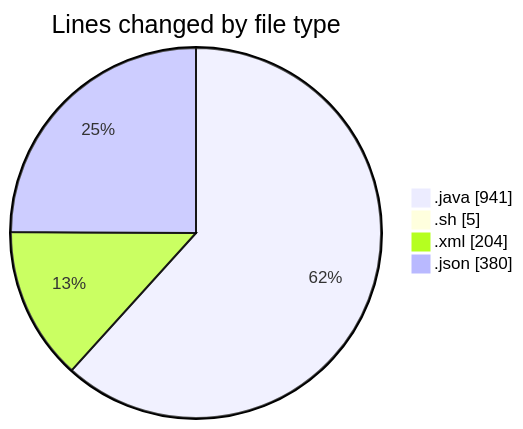
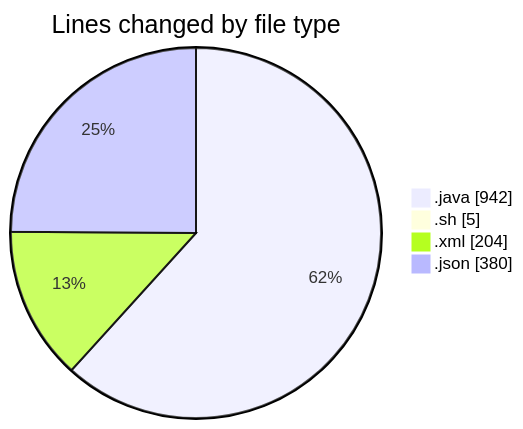
Before and after one commit to charlie-sans/code-tracking: the first of 2 diagrams in 2025-02-19/micros/README.md, drawn with Mermaid. The commit also changed other lines of this file and 1 other file, not shown here.

````diff
--- a/2025-02-19/micros/README.md
+++ b/2025-02-19/micros/README.md
@@ -30,8 +30,8 @@
 ```mermaid
 pie showData
 title Lines changed by file type
-".java" : 941
+".java" : 942
 ".sh" : 5
 ".xml" : 204
 ".json" : 380
 ```
````
